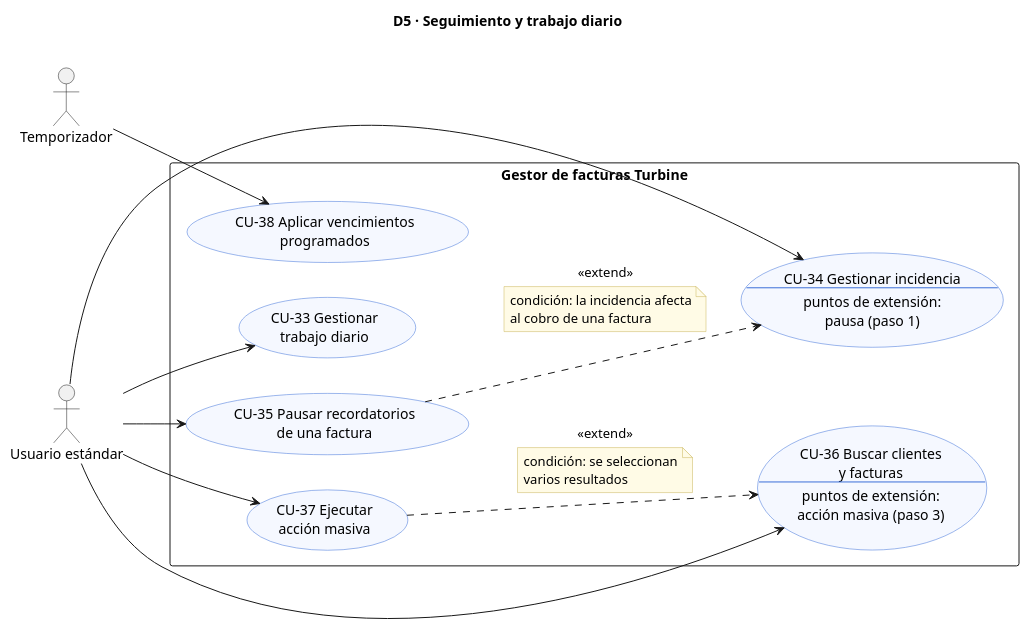
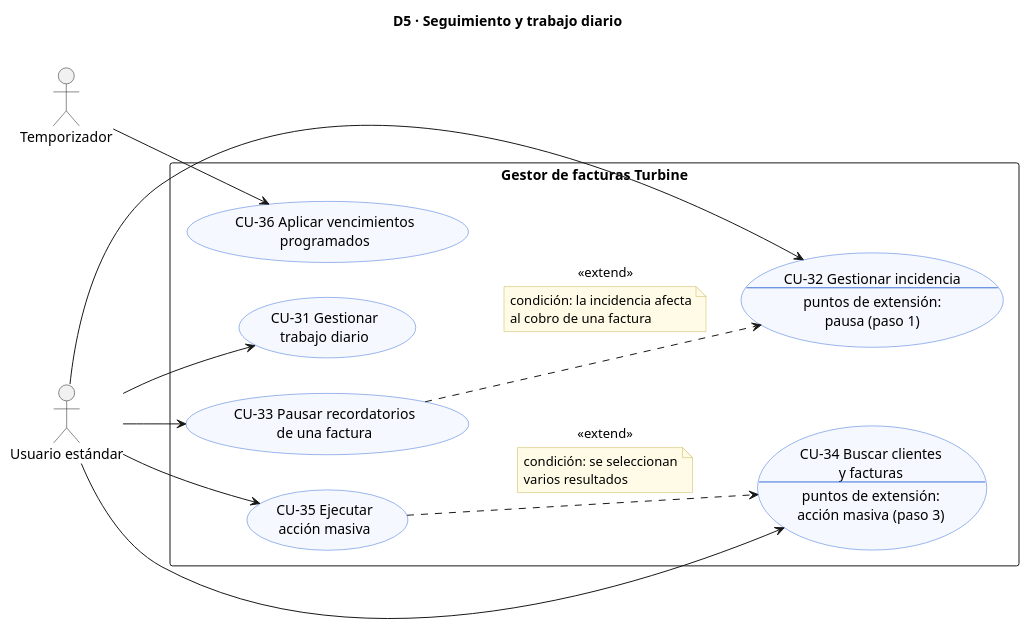
The diagram in docs/Finales/PUML casos de uso/DiagramaCU_D5_Seguimiento.puml (ItsYous3fBro/turbine_ADAP), drawn with PlantUML before and after one commit. The commit also changed 11 other files, not shown here.

```diff
--- a/docs/Finales/PUML casos de uso/DiagramaCU_D5_Seguimiento.puml
+++ b/docs/Finales/PUML casos de uso/DiagramaCU_D5_Seguimiento.puml
@@ -1,48 +1,48 @@
 @startuml DiagramaCU_D5_Seguimiento
 title D5 · Seguimiento y trabajo diario
 left to right direction
 skinparam shadowing false
 skinparam packageStyle rectangle
 skinparam usecase {
   BackgroundColor #F5F8FF
   BorderColor #3B6FD8
 }
 skinparam note {
   BackgroundColor #FFFBE6
   BorderColor #C9B458
 }
 actor "Usuario estándar" as US
 actor "Temporizador" as TM
 
 rectangle "Gestor de facturas Turbine" {
-  usecase "CU-33 Gestionar\ntrabajo diario" as CU33
-  usecase CU34 as "CU-34 Gestionar incidencia
+  usecase "CU-31 Gestionar\ntrabajo diario" as CU31
+  usecase CU32 as "CU-32 Gestionar incidencia
 --
 puntos de extensión:
 pausa (paso 1)"
-  usecase "CU-35 Pausar recordatorios\nde una factura" as CU35
-  usecase CU36 as "CU-36 Buscar clientes
+  usecase "CU-33 Pausar recordatorios\nde una factura" as CU33
+  usecase CU34 as "CU-34 Buscar clientes
 y facturas
 --
 puntos de extensión:
 acción masiva (paso 3)"
-  usecase "CU-37 Ejecutar\nacción masiva" as CU37
-  usecase "CU-38 Aplicar vencimientos\nprogramados" as CU38
+  usecase "CU-35 Ejecutar\nacción masiva" as CU35
+  usecase "CU-36 Aplicar vencimientos\nprogramados" as CU36
 }
+US --> CU31
+US --> CU32
 US --> CU33
 US --> CU34
 US --> CU35
-US --> CU36
-US --> CU37
-TM --> CU38
-CU35 ..> CU34 : <<extend>>
+TM --> CU36
+CU33 ..> CU32 : <<extend>>
 note on link
   condición: la incidencia afecta
   al cobro de una factura
 end note
-CU37 ..> CU36 : <<extend>>
+CU35 ..> CU34 : <<extend>>
 note on link
   condición: se seleccionan
   varios resultados
 end note
 @enduml
```
